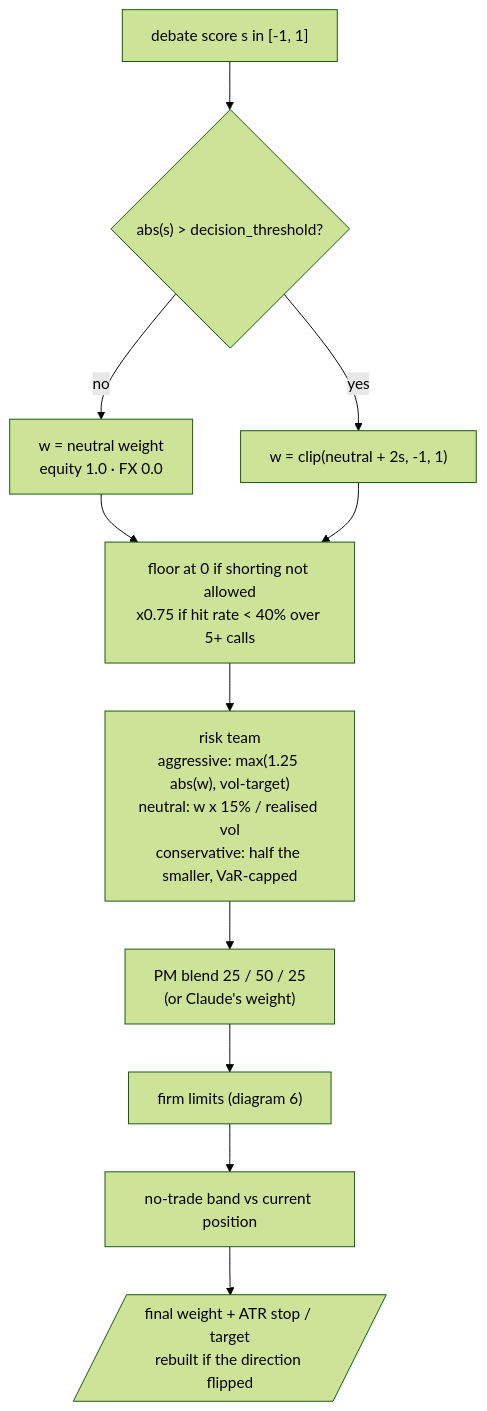
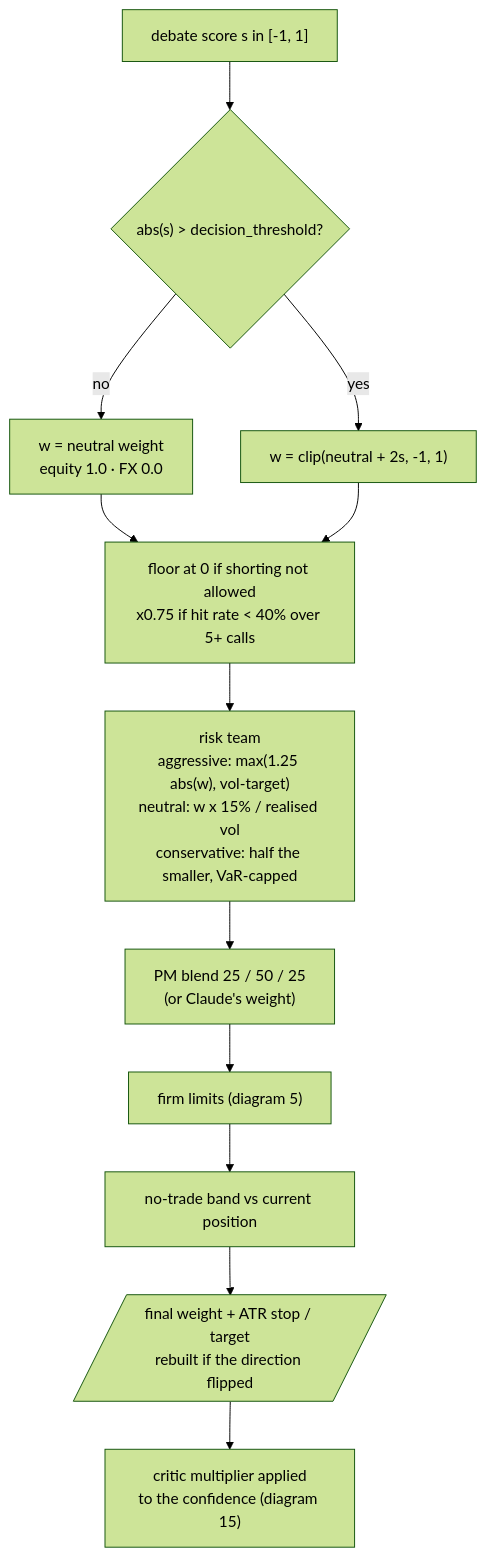
One commit to AshJha0/agentic-trader changed the fourth of 24 diagrams in docs/DIAGRAMS.md. Above: the diagram before and after it, drawn with Mermaid (forest theme). The commit also changed other lines of this file and 70 other files, not shown here.

````diff
--- a/docs/DIAGRAMS.md
+++ b/docs/DIAGRAMS.md
@@ -187,13 +167,14 @@
 ```mermaid
 flowchart TD
     SC["debate score s in [-1, 1]"] --> TH{"abs(s) > decision_threshold?"}
     TH -- no --> NW["w = neutral weight<br/>equity 1.0 · FX 0.0"]
     TH -- yes --> TL["w = clip(neutral + 2s, -1, 1)"]
     NW --> SH["floor at 0 if shorting not allowed<br/>x0.75 if hit rate < 40% over 5+ calls"]
     TL --> SH
     SH --> RV["risk team<br/>aggressive: max(1.25 abs(w), vol-target)<br/>neutral: w x 15% / realised vol<br/>conservative: half the smaller, VaR-capped"]
     RV --> BL["PM blend 25 / 50 / 25<br/>(or Claude's weight)"]
-    BL --> LIM["firm limits (diagram 6)"]
+    BL --> LIM["firm limits (diagram 5)"]
     LIM --> BD["no-trade band vs current position"]
     BD --> FIN[/"final weight + ATR stop / target<br/>rebuilt if the direction flipped"/]
+    FIN --> CR["critic multiplier applied<br/>to the confidence (diagram 15)"]
 ```
````
